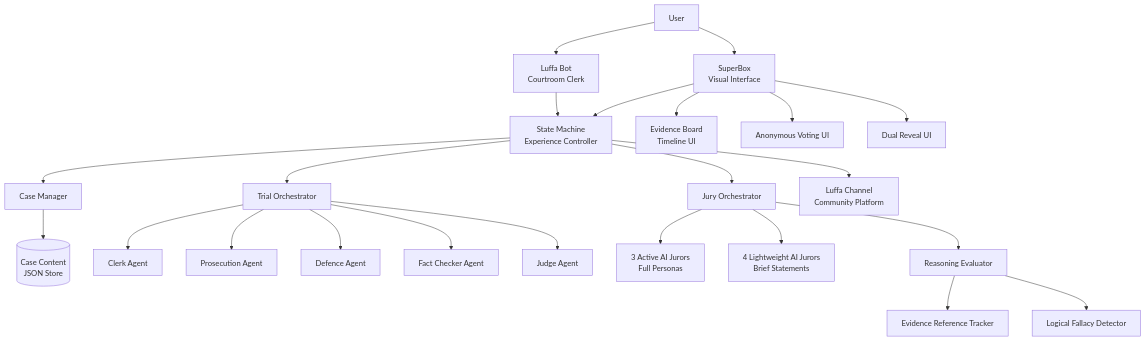
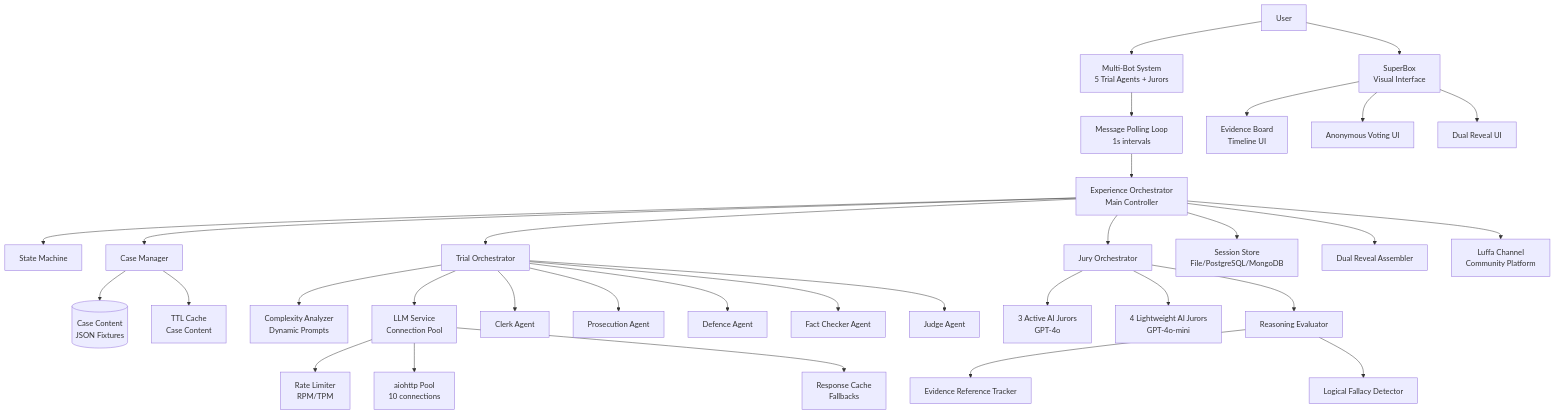
Before and after one commit to jerryzhao173985/ai-court-architecture: the diagram in .kiro/specs/veritas-courtroom-experience/design.md, drawn with Mermaid. The commit also changed other lines of this file and 50 other files, not shown here.

````diff
--- a/.kiro/specs/veritas-courtroom-experience/design.md
+++ b/.kiro/specs/veritas-courtroom-experience/design.md
@@ -45,33 +98,43 @@
 ```mermaid
 graph TB
-    User[User] --> LuffaBot[Luffa Bot<br/>Courtroom Clerk]
+    User[User] --> LuffaBots[Multi-Bot System<br/>5 Trial Agents + Jurors]
     User --> SuperBox[SuperBox<br/>Visual Interface]
     
-    LuffaBot --> StateMachine[State Machine<br/>Experience Controller]
-    SuperBox --> StateMachine
+    LuffaBots --> MessagePolling[Message Polling Loop<br/>1s intervals]
+    MessagePolling --> ExperienceOrchestrator[Experience Orchestrator<br/>Main Controller]
     
-    StateMachine --> CaseManager[Case Manager]
-    StateMachine --> TrialOrchestrator[Trial Orchestrator]
-    StateMachine --> JuryOrchestrator[Jury Orchestrator]
+    ExperienceOrchestrator --> StateMachine[State Machine]
+    ExperienceOrchestrator --> CaseManager[Case Manager]
+    ExperienceOrchestrator --> TrialOrchestrator[Trial Orchestrator]
+    ExperienceOrchestrator --> JuryOrchestrator[Jury Orchestrator]
+    ExperienceOrchestrator --> SessionStore[Session Store<br/>File/PostgreSQL/MongoDB]
     
-    CaseManager --> CaseStore[(Case Content<br/>JSON Store)]
+    CaseManager --> CaseStore[(Case Content<br/>JSON Fixtures)]
+    CaseManager --> Cache[TTL Cache<br/>Case Content]
     
+    TrialOrchestrator --> ComplexityAnalyzer[Complexity Analyzer<br/>Dynamic Prompts]
+    TrialOrchestrator --> LLMService[LLM Service<br/>Connection Pool]
     TrialOrchestrator --> ClerkAgent[Clerk Agent]
     TrialOrchestrator --> ProsecutionAgent[Prosecution Agent]
     TrialOrchestrator --> DefenceAgent[Defence Agent]
     TrialOrchestrator --> FactCheckerAgent[Fact Checker Agent]
     TrialOrchestrator --> JudgeAgent[Judge Agent]
     
-    JuryOrchestrator --> ActiveJurors[3 Active AI Jurors<br/>Full Personas]
-    JuryOrchestrator --> LightweightJurors[4 Lightweight AI Jurors<br/>Brief Statements]
+    LLMService --> RateLimiter[Rate Limiter<br/>RPM/TPM]
+    LLMService --> ConnectionPool[aiohttp Pool<br/>10 connections]
+    LLMService --> ResponseCache[Response Cache<br/>Fallbacks]
+    
+    JuryOrchestrator --> ActiveJurors[3 Active AI Jurors<br/>GPT-4o]
+    JuryOrchestrator --> LightweightJurors[4 Lightweight AI Jurors<br/>GPT-4o-mini]
     JuryOrchestrator --> ReasoningEvaluator[Reasoning Evaluator]
     
     ReasoningEvaluator --> EvidenceTracker[Evidence Reference Tracker]
     ReasoningEvaluator --> FallacyDetector[Logical Fallacy Detector]
     
-    StateMachine --> LuffaChannel[Luffa Channel<br/>Community Platform]
+    ExperienceOrchestrator --> DualRevealAssembler[Dual Reveal Assembler]
+    ExperienceOrchestrator --> LuffaChannel[Luffa Channel<br/>Community Platform]
     
     SuperBox --> EvidenceBoard[Evidence Board<br/>Timeline UI]
     SuperBox --> VotingUI[Anonymous Voting UI]
     SuperBox --> RevealUI[Dual Reveal UI]
 ```
````
